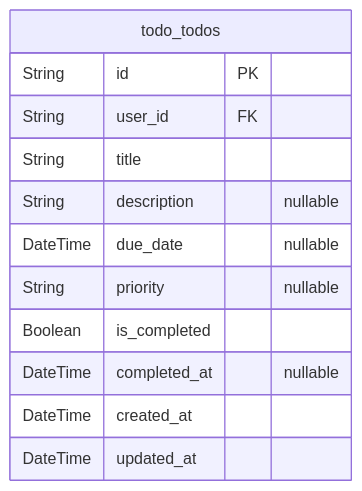
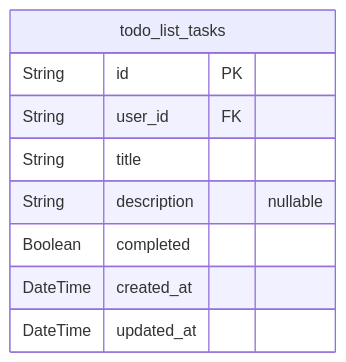
One commit to wrtnlabs/autobe-examples changed the second of 2 diagrams in meta-llama/llama-4-maverick/todo/docs/ERD.md. Above: the diagram before and after it, drawn with Mermaid. The commit also changed other lines of this file and 8017 other files, not shown here.

````diff
--- a/meta-llama/llama-4-maverick/todo/docs/ERD.md
+++ b/meta-llama/llama-4-maverick/todo/docs/ERD.md
@@ -91,15 +63,12 @@
 ```mermaid
 erDiagram
-"todo_todos" {
+"todo_list_tasks" {
   String id PK
   String user_id FK
   String title
   String description "nullable"
-  DateTime due_date "nullable"
-  String priority "nullable"
-  Boolean is_completed
-  DateTime completed_at "nullable"
+  Boolean completed
   DateTime created_at
   DateTime updated_at
 }
 ```
````
